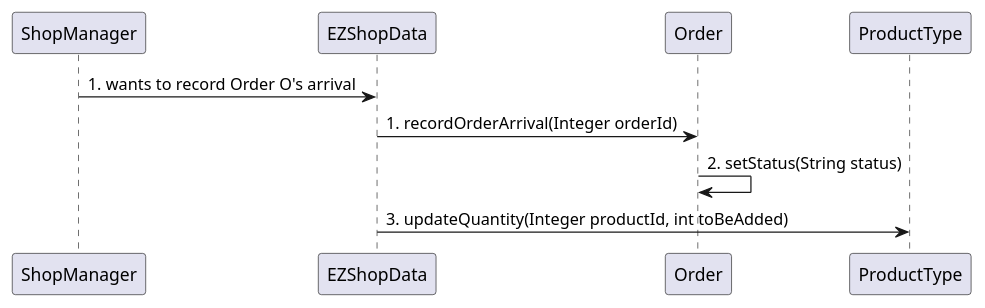
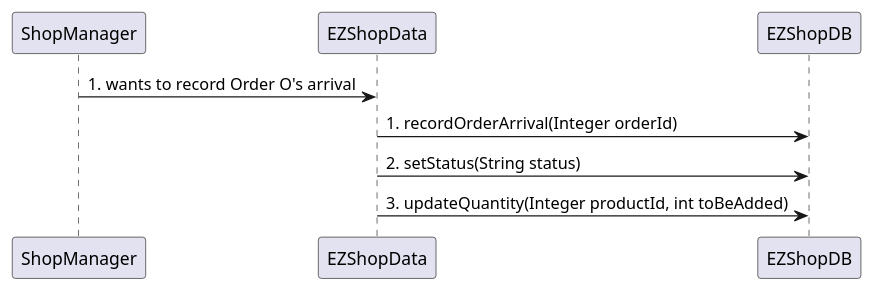
One commit to djemar/softeng_ezshop changed diagram 11 of 31 in Deliverables/DesignDocument.md. Above: the diagram before and after it, drawn with PlantUML. The commit also changed other lines of this file, not shown here.

Commit message:
modified Verification sequence diagrams

````diff
--- a/Deliverables/DesignDocument.md
+++ b/Deliverables/DesignDocument.md
@@ -345,6 +348,6 @@
 ```plantuml
 "ShopManager" -> "EZShopData": 1. wants to record Order O's arrival
-"EZShopData" -> "Order" : 1. recordOrderArrival(Integer orderId)
-"Order" -> "Order" : 2. setStatus(String status)
-"EZShopData" -> "ProductType" : 3. updateQuantity(Integer productId, int toBeAdded)
+"EZShopData" -> "EZShopDB" : 1. recordOrderArrival(Integer orderId)
+"EZShopData" -> "EZShopDB" : 2. setStatus(String status)
+"EZShopData" -> "EZShopDB" : 3. updateQuantity(Integer productId, int toBeAdded)
 ```
````
